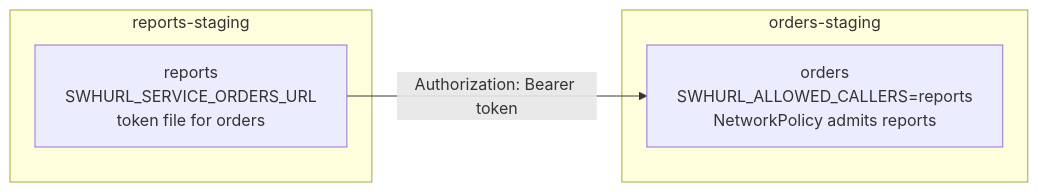
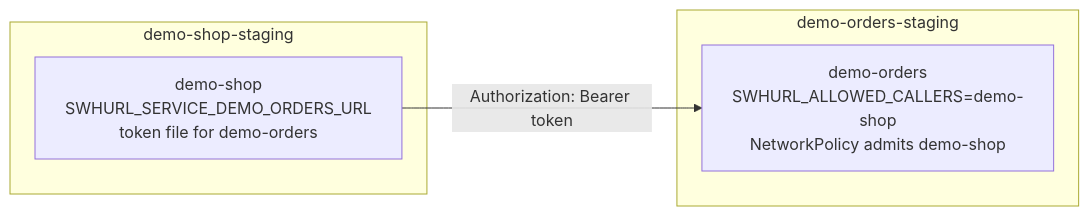
Before and after one commit to samclement/swhurl-platform: the third of 8 diagrams in docs/apps.md, drawn with Mermaid. The commit also changed other lines of this file and 8 other files, not shown here.

````diff
--- a/docs/apps.md
+++ b/docs/apps.md
@@ -221,10 +251,10 @@
 ```mermaid
 flowchart LR
-  subgraph reports-staging
-    reports["reports<br/>SWHURL_SERVICE_ORDERS_URL<br/>token file for orders"]
+  subgraph demo-shop-staging
+    shop["demo-shop<br/>SWHURL_SERVICE_DEMO_ORDERS_URL<br/>token file for demo-orders"]
   end
-  subgraph orders-staging
-    orders["orders<br/>SWHURL_ALLOWED_CALLERS=reports<br/>NetworkPolicy admits reports"]
+  subgraph demo-orders-staging
+    orders["demo-orders<br/>SWHURL_ALLOWED_CALLERS=demo-shop<br/>NetworkPolicy admits demo-shop"]
   end
-  reports -- "Authorization: Bearer token" --> orders
+  shop -- "Authorization: Bearer token" --> orders
 ```
````
